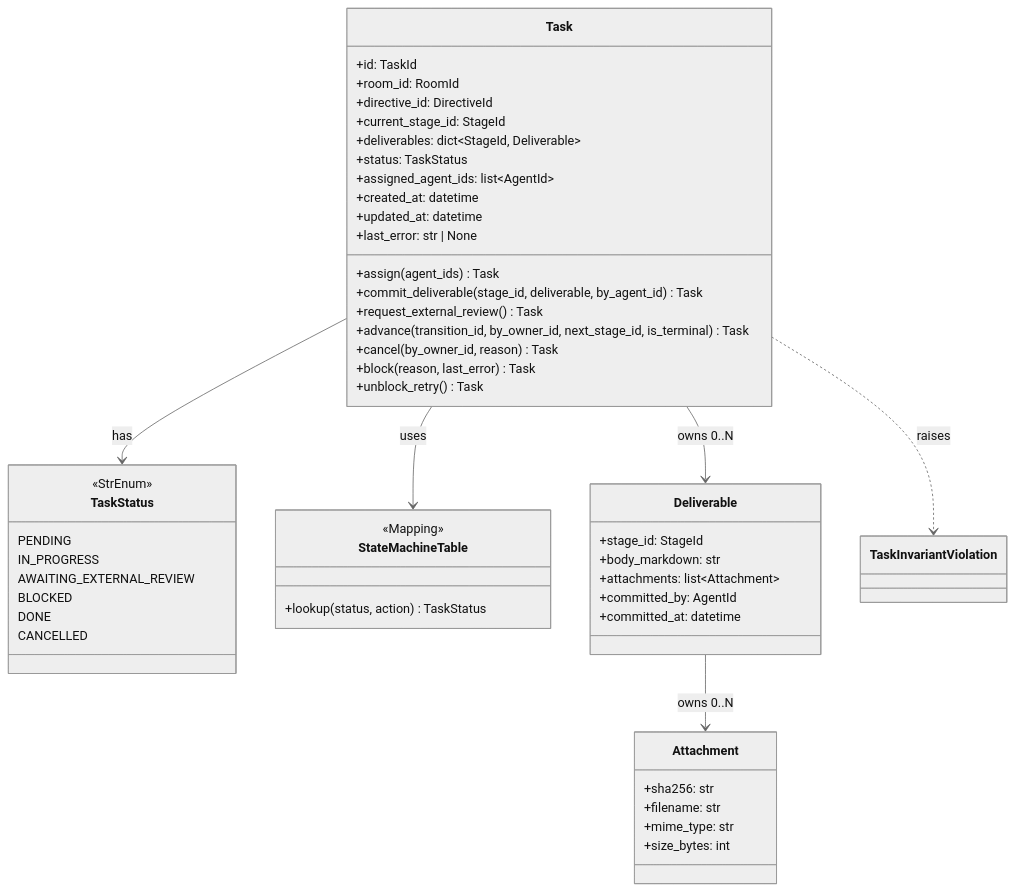
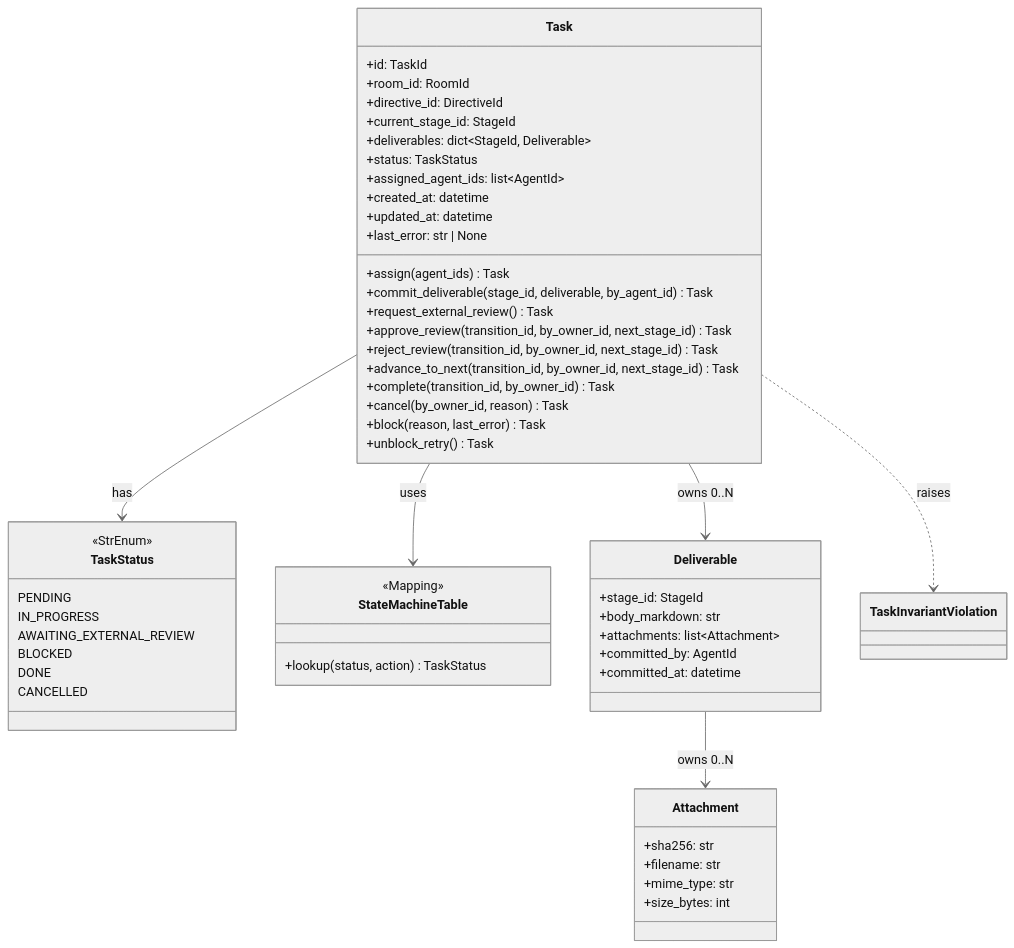
Before and after one commit to bakufu-dev/bakufu: the first of 3 diagrams in docs/features/task/basic-design.md, drawn with Mermaid (neutral theme). The commit also changed other lines of this file and 4 other files, not shown here.

````diff
--- a/docs/features/task/basic-design.md
+++ b/docs/features/task/basic-design.md
@@ -58,55 +58,58 @@
 ```mermaid
 classDiagram
     class Task {
         +id: TaskId
         +room_id: RoomId
         +directive_id: DirectiveId
         +current_stage_id: StageId
         +deliverables: dict~StageId, Deliverable~
         +status: TaskStatus
         +assigned_agent_ids: list~AgentId~
         +created_at: datetime
         +updated_at: datetime
         +last_error: str | None
         +assign(agent_ids) Task
         +commit_deliverable(stage_id, deliverable, by_agent_id) Task
         +request_external_review() Task
-        +advance(transition_id, by_owner_id, next_stage_id, is_terminal) Task
+        +approve_review(transition_id, by_owner_id, next_stage_id) Task
+        +reject_review(transition_id, by_owner_id, next_stage_id) Task
+        +advance_to_next(transition_id, by_owner_id, next_stage_id) Task
+        +complete(transition_id, by_owner_id) Task
         +cancel(by_owner_id, reason) Task
         +block(reason, last_error) Task
         +unblock_retry() Task
     }
     class TaskStatus {
         <<StrEnum>>
         PENDING
         IN_PROGRESS
         AWAITING_EXTERNAL_REVIEW
         BLOCKED
         DONE
         CANCELLED
     }
     class StateMachineTable {
         <<Mapping>>
         +lookup(status, action) TaskStatus
     }
     class Deliverable {
         +stage_id: StageId
         +body_markdown: str
         +attachments: list~Attachment~
         +committed_by: AgentId
         +committed_at: datetime
     }
     class Attachment {
         +sha256: str
         +filename: str
         +mime_type: str
         +size_bytes: int
     }
     class TaskInvariantViolation
 
     Task --> TaskStatus : has
     Task --> StateMachineTable : uses
     Task --> Deliverable : owns 0..N
     Deliverable --> Attachment : owns 0..N
     Task ..> TaskInvariantViolation : raises
 ```
````
